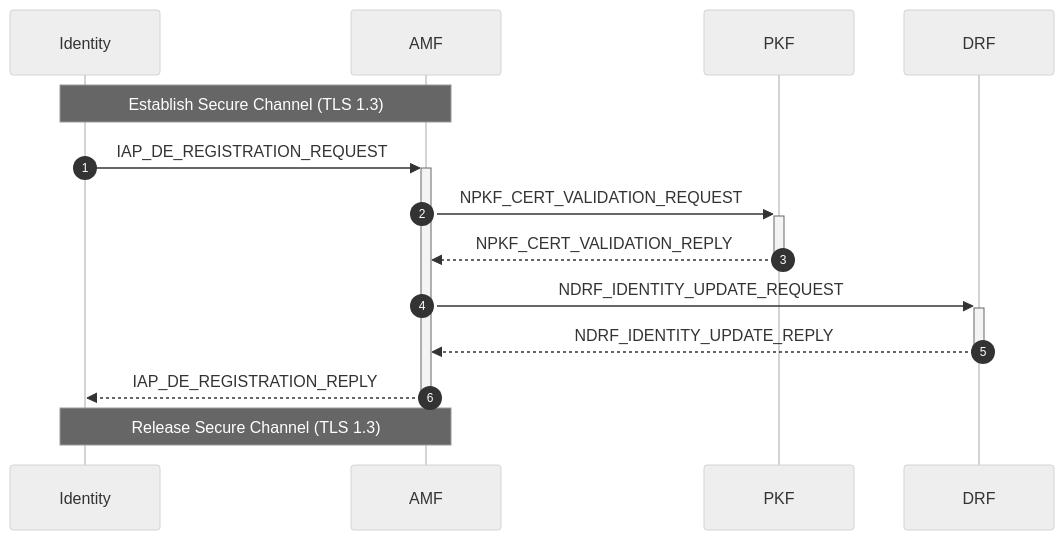
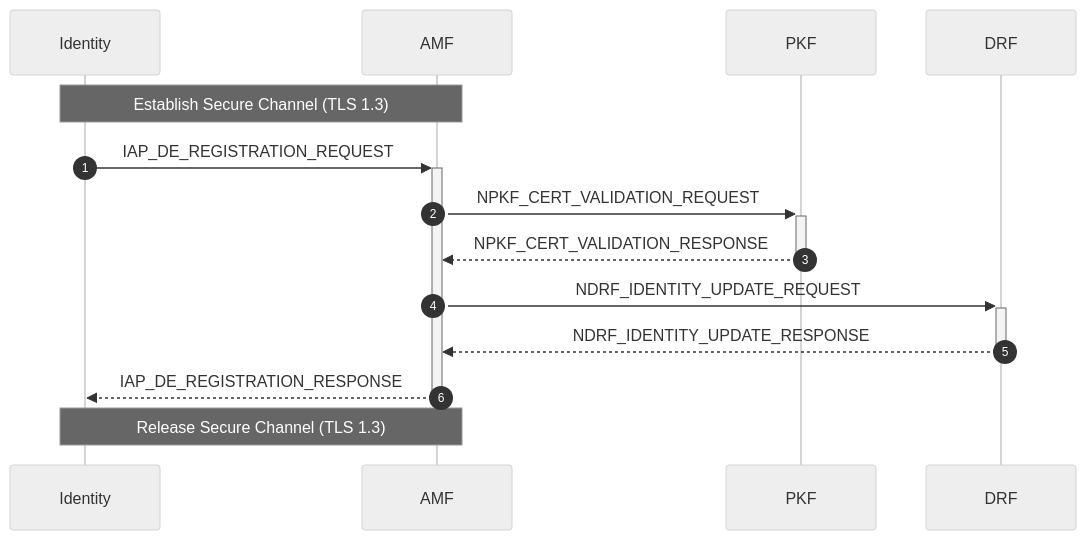
The eighth of 21 diagrams in doc/doc-spec/00-series-general/00.002-procedure.md (veil-link/veilink), drawn with Mermaid (neutral theme) before and after one commit. The commit also changed other lines of this file, not shown here.

Commit message:
chore: update reply to response

````diff
--- a/doc/doc-spec/00-series-general/00.002-procedure.md
+++ b/doc/doc-spec/00-series-general/00.002-procedure.md
@@ -180,18 +180,18 @@
 ```mermaid
 sequenceDiagram
     autonumber
 
     participant id as Identity
     participant amf as AMF
     participant pkf as PKF
     participant drf as DRF
 
     Note over id, amf: Establish Secure Channel (TLS 1.3)
     id ->>+ amf: IAP_DE_REGISTRATION_REQUEST
     amf ->>+ pkf: NPKF_CERT_VALIDATION_REQUEST
-    pkf -->>- amf: NPKF_CERT_VALIDATION_REPLY
+    pkf -->>- amf: NPKF_CERT_VALIDATION_RESPONSE
     amf ->>+ drf: NDRF_IDENTITY_UPDATE_REQUEST
-    drf -->>- amf: NDRF_IDENTITY_UPDATE_REPLY
-    amf -->>- id: IAP_DE_REGISTRATION_REPLY
+    drf -->>- amf: NDRF_IDENTITY_UPDATE_RESPONSE
+    amf -->>- id: IAP_DE_REGISTRATION_RESPONSE
     Note over id, amf: Release Secure Channel (TLS 1.3)
 ```
````
